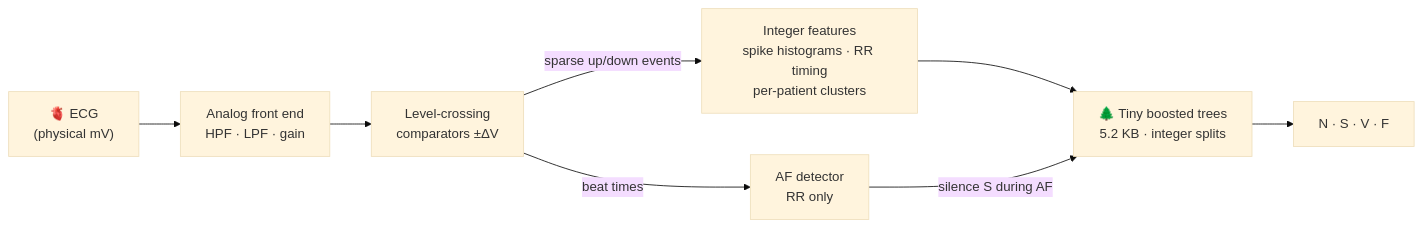
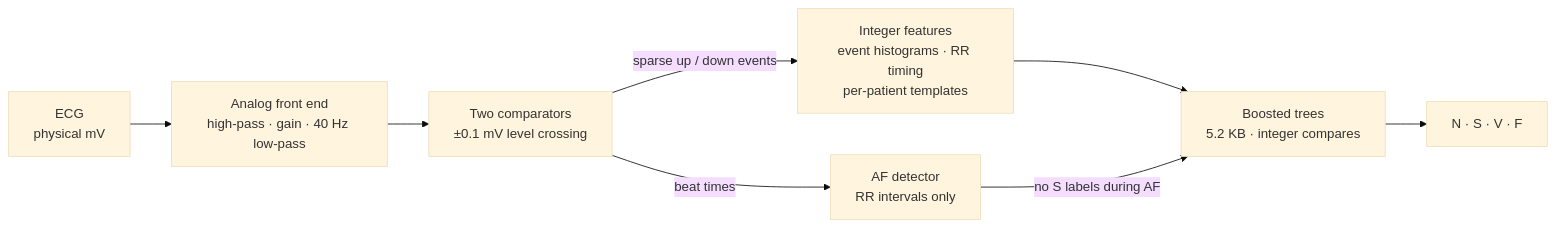
One commit to LohitMoharana/Isoline changed the diagram in README.md. Above: the diagram before and after it, drawn with Mermaid (base theme). The commit also changed other lines of this file and 40 other files, not shown here.

First line of the commit message:
README redesign: light/dark figure variants via <picture>, validated palette, Inter/Crimson typography, no emoji headings, hardware chain section; PCB: comparators moved out from under the Nucleo (84x52 mm), render fixed (full outline, transparent), fab files regenerated

````diff
--- a/README.md
+++ b/README.md
@@ -40,10 +39,10 @@
 ```mermaid
 flowchart LR
-    A["🫀 ECG<br/>(physical mV)"] --> B["Analog front end<br/>HPF · LPF · gain"]
-    B --> C["Level-crossing<br/>comparators ±ΔV"]
-    C -->|"sparse up/down events"| D["Integer features<br/>spike histograms · RR timing<br/>per-patient clusters"]
-    D --> E["🌲 Tiny boosted trees<br/>5.2 KB · integer splits"]
-    C -->|"beat times"| G["AF detector<br/>RR only"]
-    G -->|"silence S during AF"| E
+    A["ECG<br/>physical mV"] --> B["Analog front end<br/>high-pass · gain · 40 Hz low-pass"]
+    B --> C["Two comparators<br/>±0.1 mV level crossing"]
+    C -->|sparse up / down events| D["Integer features<br/>event histograms · RR timing<br/>per-patient templates"]
+    D --> E["Boosted trees<br/>5.2 KB · integer compares"]
+    C -->|beat times| G["AF detector<br/>RR intervals only"]
+    G -->|no S labels during AF| E
     E --> F["N · S · V · F"]
 ```
````
